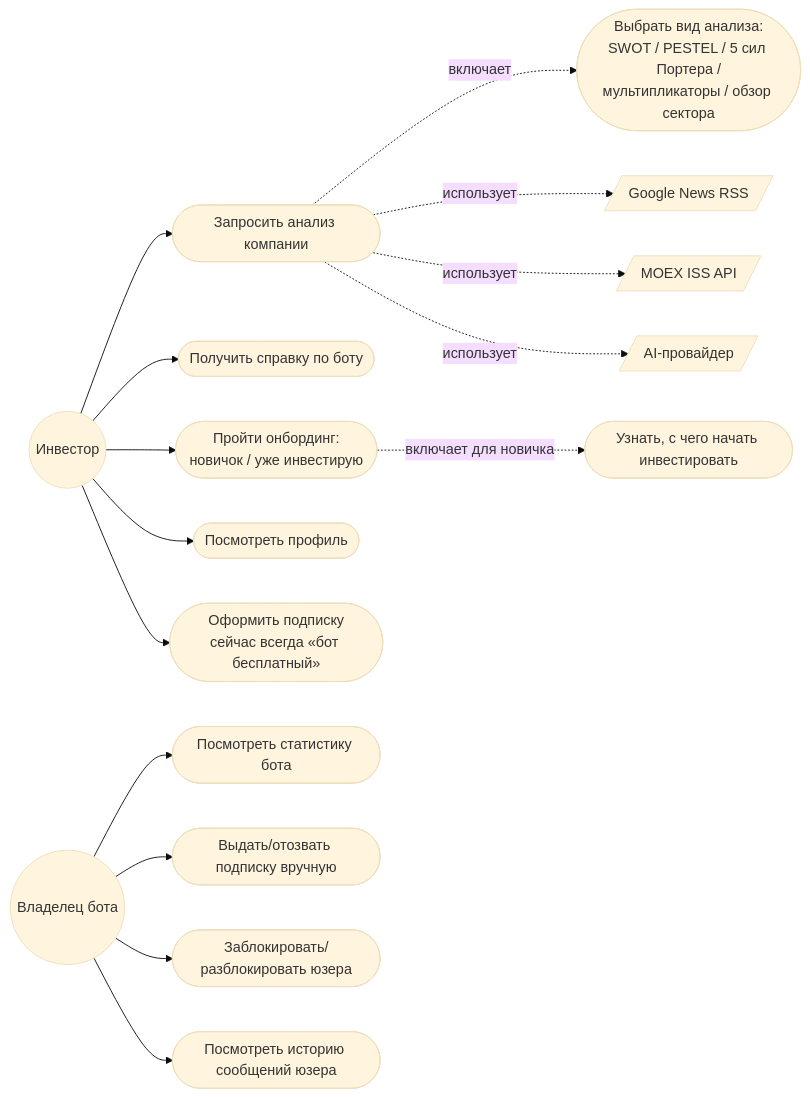
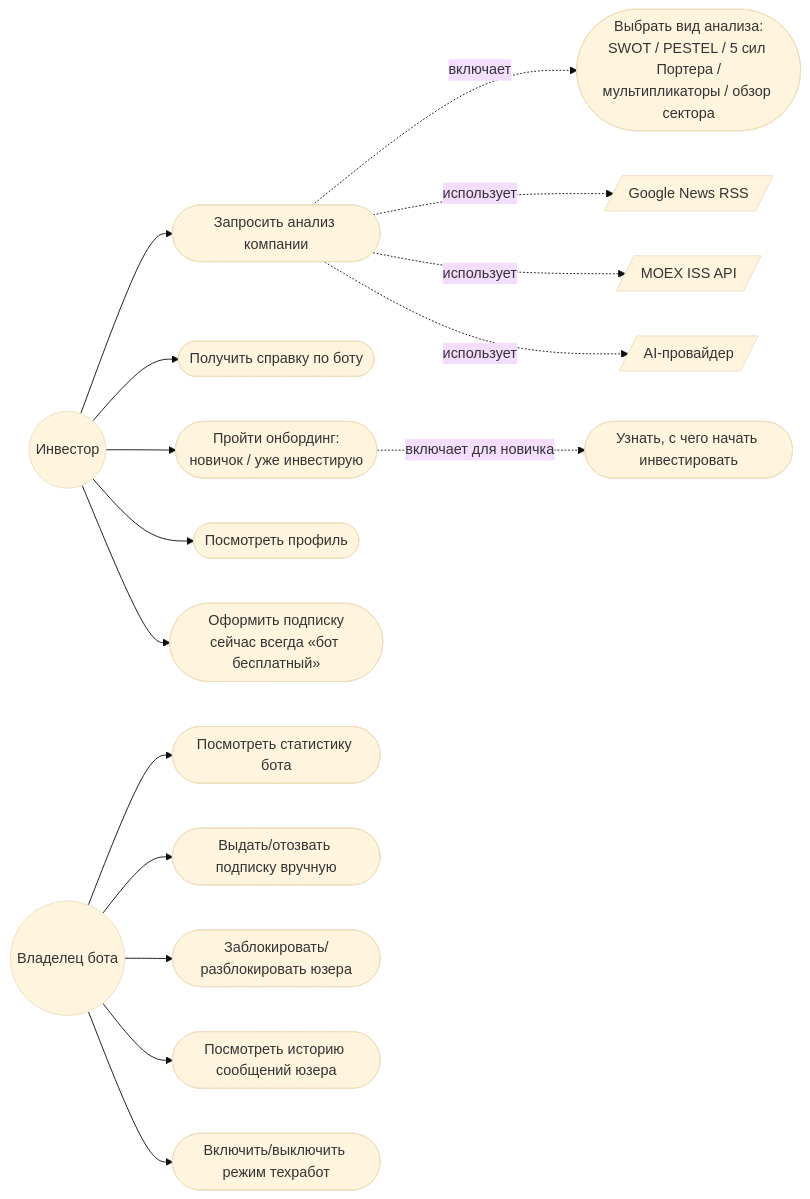
One commit to keshtoim/analysis_for_invest_bot changed the sixth of 6 diagrams in README.md. Above: the diagram before and after it, drawn with Mermaid (base theme). The commit also changed other lines of this file, not shown here.

First line of the commit message:
docs: README — поведение /start для вернувшихся юзеров, use case техработ

````diff
--- a/README.md
+++ b/README.md
@@ -510,35 +514,37 @@
 ```mermaid
 flowchart LR
     Investor((Инвестор))
     Owner((Владелец бота))
     News[/Google News RSS/]
     Moex[/MOEX ISS API/]
     AIExt[/AI-провайдер/]
 
     UC1([Запросить анализ компании])
     UC2([Выбрать вид анализа:<br/>SWOT / PESTEL / 5 сил Портера /<br/>мультипликаторы / обзор сектора])
     UC3([Получить справку по боту])
     UC4([Пройти онбординг:<br/>новичок / уже инвестирую])
     UC5([Узнать, с чего начать инвестировать])
     UC6([Посмотреть профиль])
     UC7([Оформить подписку<br/>сейчас всегда «бот бесплатный»])
     UC8([Посмотреть статистику бота])
     UC9([Выдать/отозвать подписку вручную])
     UC10([Заблокировать/разблокировать юзера])
     UC11([Посмотреть историю сообщений юзера])
+    UC12([Включить/выключить режим техработ])
 
     Investor --> UC1
     Investor --> UC3
     Investor --> UC4
     Investor --> UC6
     Investor --> UC7
     Owner --> UC8
     Owner --> UC9
     Owner --> UC10
     Owner --> UC11
+    Owner --> UC12
     UC4 -.включает для новичка.-> UC5
     UC1 -.включает.-> UC2
     UC1 -.использует.-> News
     UC1 -.использует.-> Moex
     UC1 -.использует.-> AIExt
 ```
````
